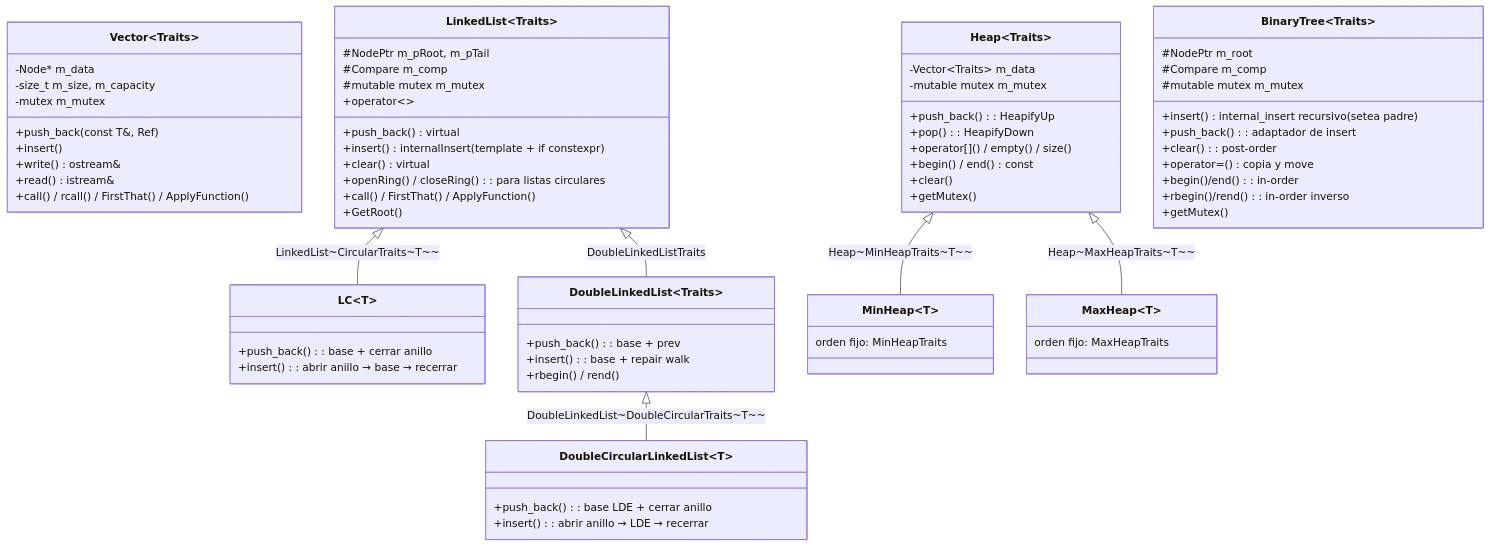
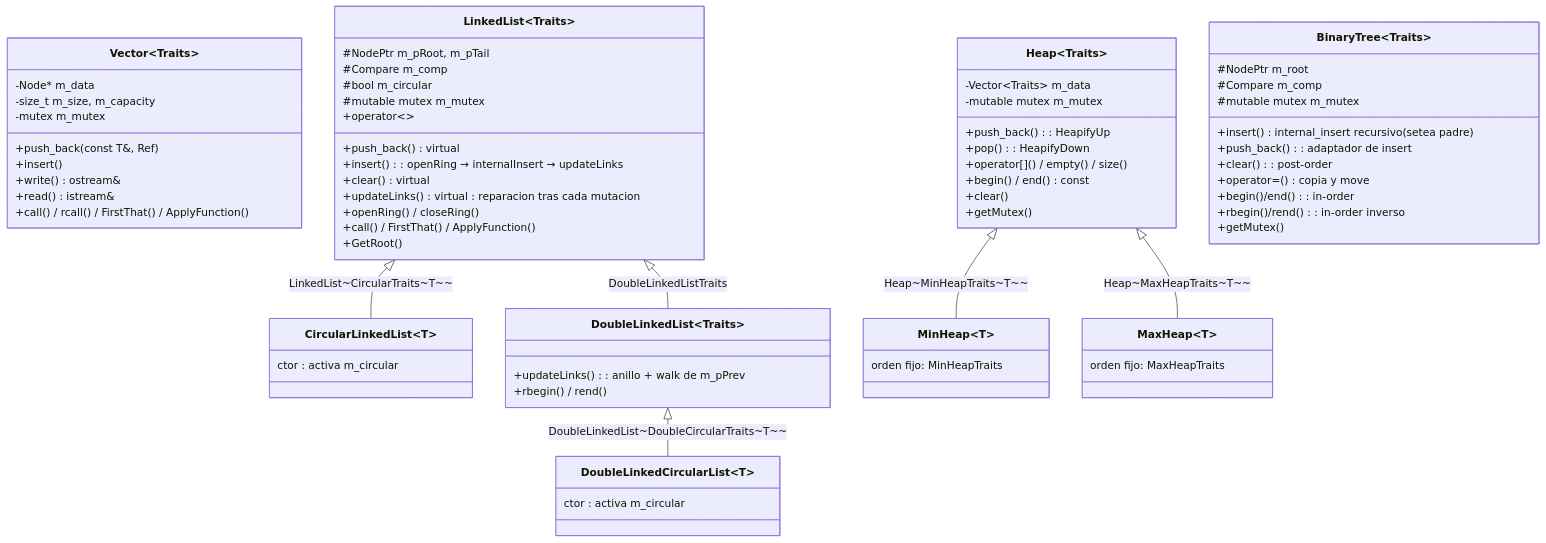
One commit to PieroVioleta/2026-II-CS-UNI-CC0E5-AEDAv changed the third of 6 diagrams in docs/jerarquias-clases.md. Above: the diagram before and after it, drawn with Mermaid. The commit also changed other lines of this file and 5 other files, not shown here.

````diff
--- a/docs/jerarquias-clases.md
+++ b/docs/jerarquias-clases.md
@@ -100,71 +100,70 @@
 ```mermaid
 classDiagram
     class Vector~Traits~ {
         -Node* m_data
         -size_t m_size, m_capacity
         -mutex m_mutex
         +push_back(const T&, Ref)
         +insert()
         +write() ostream&
         +read() istream&
         +call() / rcall() / FirstThat() / ApplyFunction()
     }
     class LinkedList~Traits~ {
         #NodePtr m_pRoot, m_pTail
         #Compare m_comp
+        #bool m_circular
         #mutable mutex m_mutex
         +push_back() virtual
-        +insert() : internalInsert (template + if constexpr)
+        +insert() : openRing → internalInsert → updateLinks
         +clear() virtual
-        +openRing() / closeRing() : para listas circulares
+        +updateLinks() virtual : reparacion tras cada mutacion
+        +openRing() / closeRing()
         +operator<</operator>>
         +call() / FirstThat() / ApplyFunction()
         +GetRoot()
     }
-    class LC~T~ {
-        +push_back() : base + cerrar anillo
-        +insert() : abrir anillo → base → recerrar
+    class CircularLinkedList~T~ {
+        ctor : activa m_circular
     }
     class DoubleLinkedList~Traits~ {
-        +push_back() : base + prev
-        +insert() : base + repair walk
+        +updateLinks() : anillo + walk de m_pPrev
         +rbegin() / rend()
     }
-    class DoubleCircularLinkedList~T~ {
-        +push_back() : base LDE + cerrar anillo
-        +insert() : abrir anillo → LDE → recerrar
+    class DoubleLinkedCircularList~T~ {
+        ctor : activa m_circular
     }
     class Heap~Traits~ {
         -Vector~Traits~ m_data
         -mutable mutex m_mutex
         +push_back() : HeapifyUp
         +pop() : HeapifyDown
         +operator[]() / empty() / size()
         +begin() / end() const
         +clear()
         +getMutex()
     }
     class MinHeap~T~ {
         orden fijo: MinHeapTraits
     }
     class MaxHeap~T~ {
         orden fijo: MaxHeapTraits
     }
     class BinaryTree~Traits~ {
         #NodePtr m_root
         #Compare m_comp
         #mutable mutex m_mutex
         +insert() : internal_insert recursivo (setea padre)
         +push_back() : adaptador de insert
         +clear() : post-order
         +operator=() copia y move
         +begin()/end() : in-order
         +rbegin()/rend() : in-order inverso
         +getMutex()
     }
-    LinkedList~Traits~ <|-- LC~T~ : LinkedList~CircularTraits~T~~
+    LinkedList~Traits~ <|-- CircularLinkedList~T~ : LinkedList~CircularTraits~T~~
     LinkedList~Traits~ <|-- DoubleLinkedList~Traits~ : DoubleLinkedListTraits
-    DoubleLinkedList~Traits~ <|-- DoubleCircularLinkedList~T~ : DoubleLinkedList~DoubleCircularTraits~T~~
+    DoubleLinkedList~Traits~ <|-- DoubleLinkedCircularList~T~ : DoubleLinkedList~DoubleCircularTraits~T~~
     Heap~Traits~ <|-- MinHeap~T~ : Heap~MinHeapTraits~T~~
     Heap~Traits~ <|-- MaxHeap~T~ : Heap~MaxHeapTraits~T~~
 ```
````
